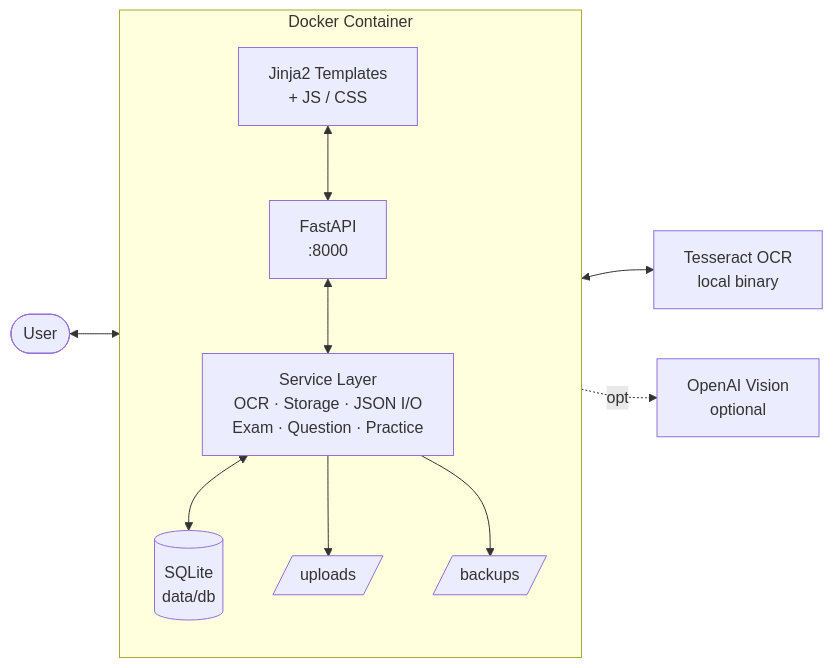
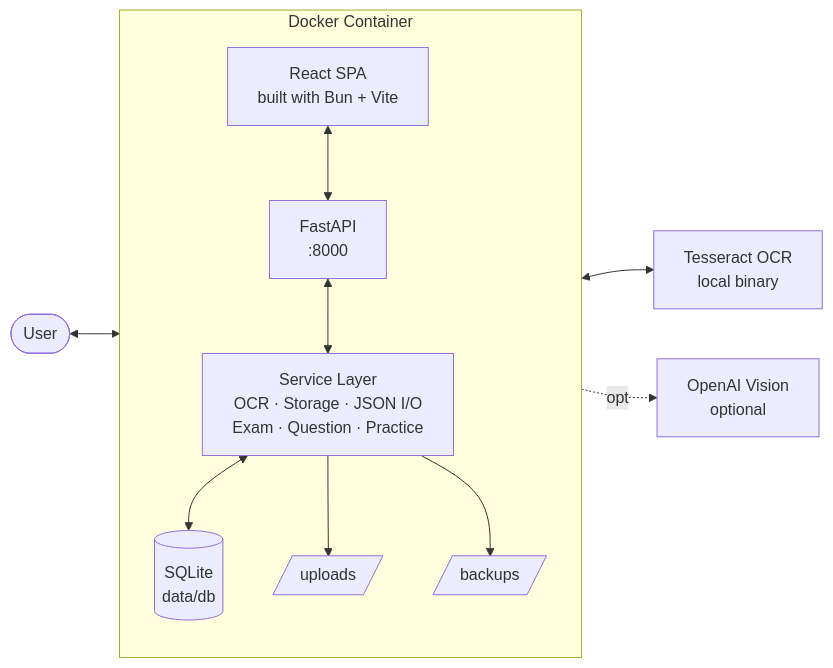
Before and after one commit to Dybalux/exam-qa-extractor: the first of 2 diagrams in README.md, drawn with Mermaid. The commit also changed other lines of this file and 80 other files, not shown here.

First line of the commit message:
feat(ui): migrar frontend a React SPA y remover templates Jinja

````diff
--- a/README.md
+++ b/README.md
@@ -36,26 +36,26 @@
 ```mermaid
 graph LR
     User([User])
 
     subgraph Container[Docker Container]
         direction TB
-        UI[Jinja2 Templates<br/>+ JS / CSS]
+        UI[React SPA<br/>built with Bun + Vite]
         API[FastAPI<br/>:8000]
         SVC[Service Layer<br/>OCR · Storage · JSON I/O<br/>Exam · Question · Practice]
         DB[(SQLite<br/>data/db)]
         UP[/uploads/]
         BK[/backups/]
     end
 
     Tesseract[Tesseract OCR<br/>local binary]
     OpenAI[OpenAI Vision<br/>optional]
 
     User <--> UI
     UI <--> API
     API <--> SVC
     SVC <--> DB
     SVC <--> Tesseract
     SVC -.opt.-> OpenAI
     SVC --> UP
     SVC --> BK
 ```
````
